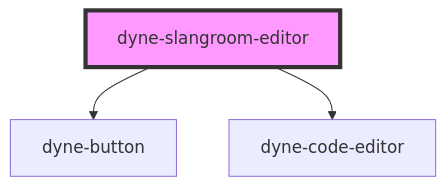
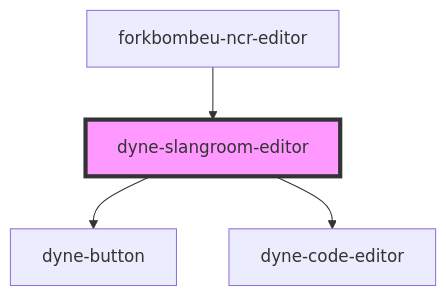
Before and after one commit to dyne/components: the diagram in src/components/dyne-slangroom-editor/readme.md, drawn with Mermaid. The commit also changed other lines of this file and 11 other files, not shown here.

First line of the commit message:
feat: first draft of forkbombeu-ncr-editor

````diff
--- a/src/components/dyne-slangroom-editor/readme.md
+++ b/src/components/dyne-slangroom-editor/readme.md
@@ -55,6 +60,7 @@
 ```mermaid
 graph TD;
   dyne-slangroom-editor --> dyne-button
   dyne-slangroom-editor --> dyne-code-editor
+  forkbombeu-ncr-editor --> dyne-slangroom-editor
   style dyne-slangroom-editor fill:#f9f,stroke:#333,stroke-width:4px
 ```
````
